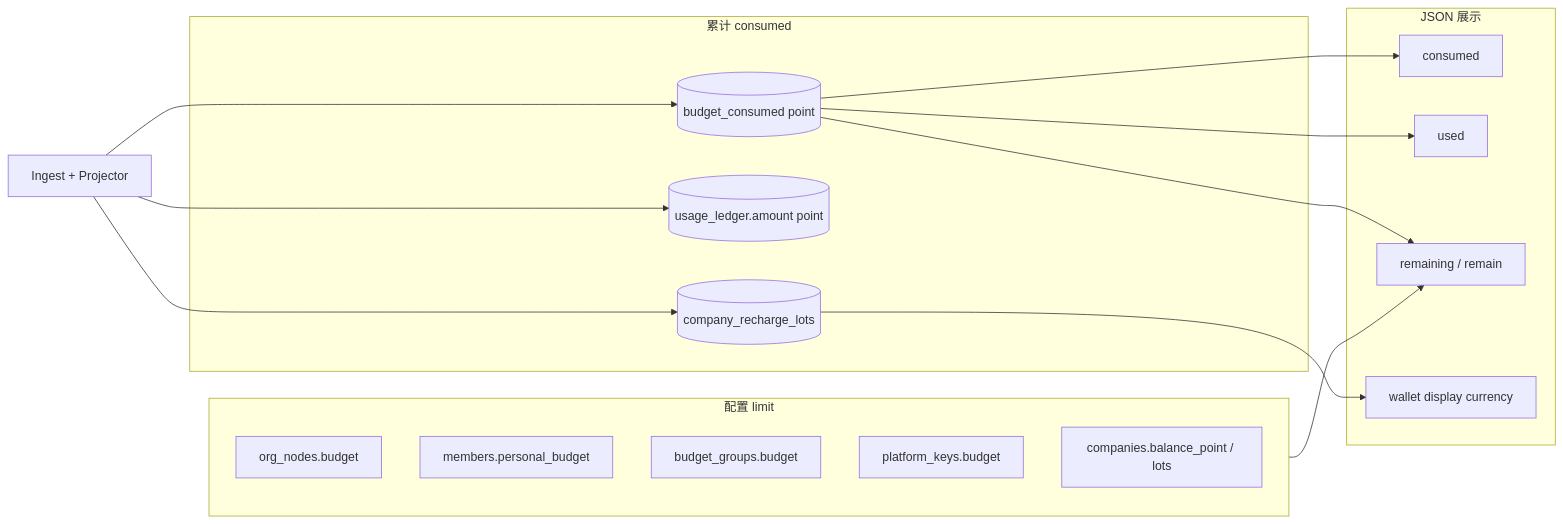
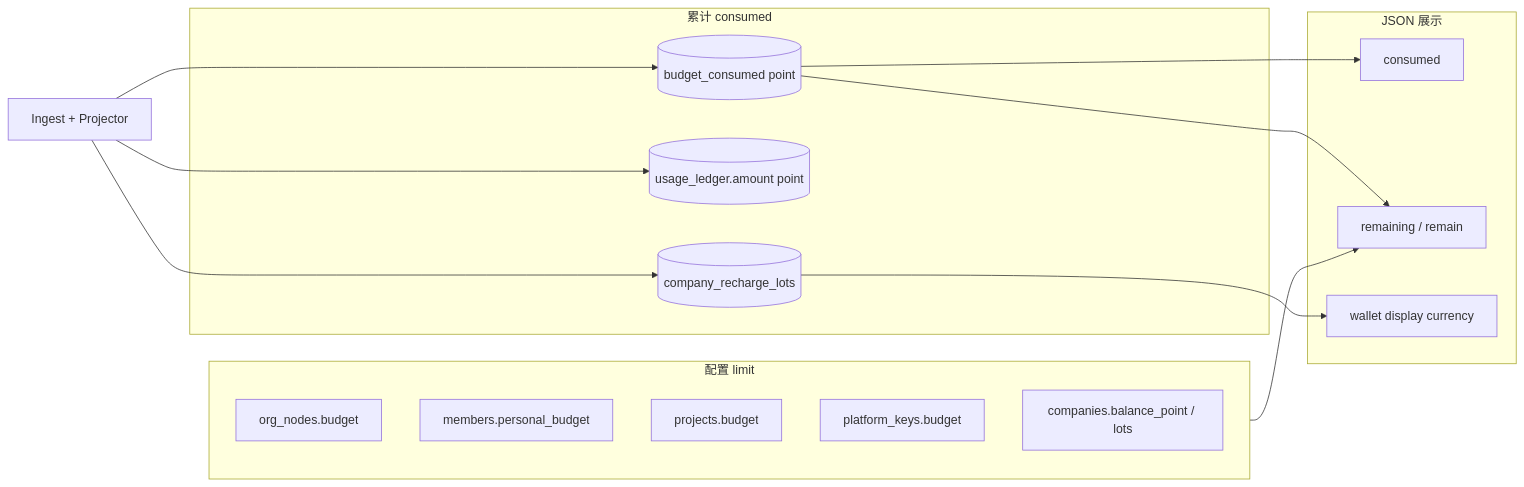
The seventh of 7 diagrams in docs/Backend-存储架构.md (quyip8818/mytokenjoy), drawn with Mermaid before and after one commit. The commit also changed other lines of this file and 175 other files, not shown here.

````diff
--- a/docs/Backend-存储架构.md
+++ b/docs/Backend-存储架构.md
@@ -250,29 +250,28 @@
 ```mermaid
 flowchart LR
   subgraph assign [配置 limit]
     OB[org_nodes.budget]
     PQ[members.personal_budget]
-    BG[budget_groups.budget]
+    PRJ[projects.budget]
     PKQ[platform_keys.budget]
     WAL[companies.balance_point / lots]
   end
 
   subgraph spend [累计 consumed]
     BS[(budget_consumed point)]
     UL[(usage_ledger.amount point)]
     LOT[(company_recharge_lots)]
   end
 
   subgraph api [JSON 展示]
     C[consumed]
-    U[used]
     R[remaining / remain]
     W[wallet display currency]
   end
 
   ING[Ingest + Projector] --> BS & UL & LOT
-  BS --> C & U
+  BS --> C
   assign --> R
   BS --> R
   LOT --> W
 ```
````
